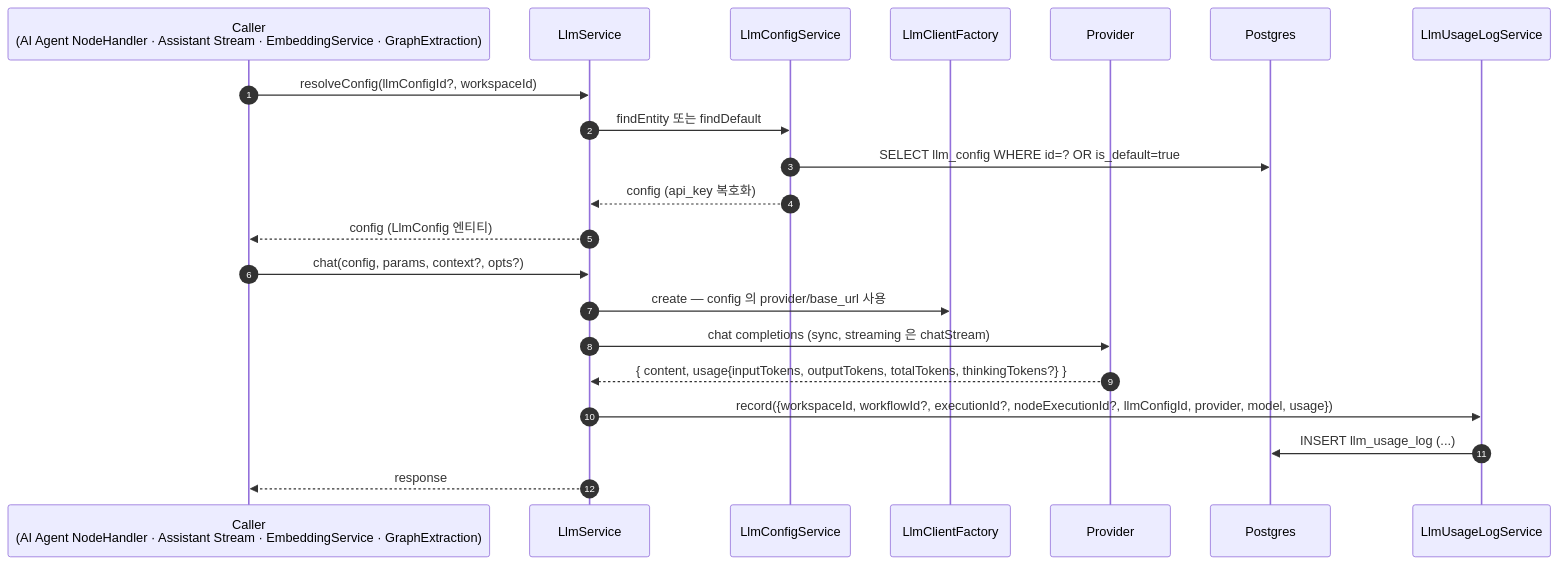
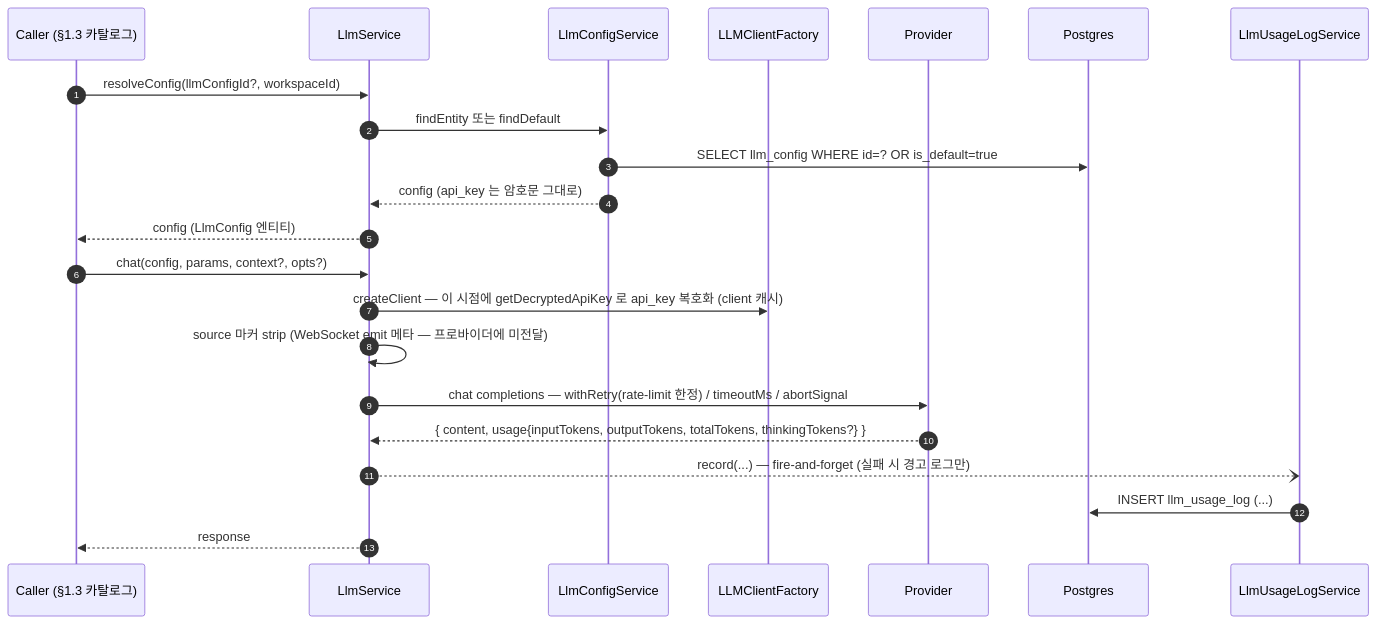
The second of 2 diagrams in spec/data-flow/7-llm-usage.md (worker-ants/clemvion), drawn with Mermaid before and after one commit. The commit also changed other lines of this file and 89 other files, not shown here.

First line of the commit message:
docs(spec): spec↔code 전수 상호 감사 — 역방향 커버리지 + drift 동기화 + data-flow 재구성 (위반 19건 보고) (#516)

````diff
--- a/spec/data-flow/7-llm-usage.md
+++ b/spec/data-flow/7-llm-usage.md
@@ -44,24 +59,25 @@
 ```mermaid
 sequenceDiagram
   autonumber
-  participant Caller as Caller<br/>(AI Agent NodeHandler · Assistant Stream · EmbeddingService · GraphExtraction)
+  participant Caller as Caller (§1.3 카탈로그)
   participant LL as LlmService
   participant Cf as LlmConfigService
-  participant Fac as LlmClientFactory
+  participant Fac as LLMClientFactory
   participant Prov as Provider
   participant PG as Postgres
   participant Log as LlmUsageLogService
 
   Caller->>LL: resolveConfig(llmConfigId?, workspaceId)
   LL->>Cf: findEntity 또는 findDefault
   Cf->>PG: SELECT llm_config WHERE id=? OR is_default=true
-  Cf-->>LL: config (api_key 복호화)
+  Cf-->>LL: config (api_key 는 암호문 그대로)
   LL-->>Caller: config (LlmConfig 엔티티)
   Caller->>LL: chat(config, params, context?, opts?)
-  LL->>Fac: create — config 의 provider/base_url 사용
-  LL->>Prov: chat completions (sync, streaming 은 chatStream)
+  LL->>Fac: createClient — 이 시점에 getDecryptedApiKey 로 api_key 복호화 (client 캐시)
+  LL->>LL: source 마커 strip (WebSocket emit 메타 — 프로바이더에 미전달)
+  LL->>Prov: chat completions — withRetry(rate-limit 한정) / timeoutMs / abortSignal
   Prov-->>LL: { content, usage{inputTokens, outputTokens, totalTokens, thinkingTokens?} }
-  LL->>Log: record({workspaceId, workflowId?, executionId?, nodeExecutionId?, llmConfigId, provider, model, usage})
+  LL--)Log: record(...) — fire-and-forget (실패 시 경고 로그만)
   Log->>PG: INSERT llm_usage_log (...)
   LL-->>Caller: response
 ```
````
